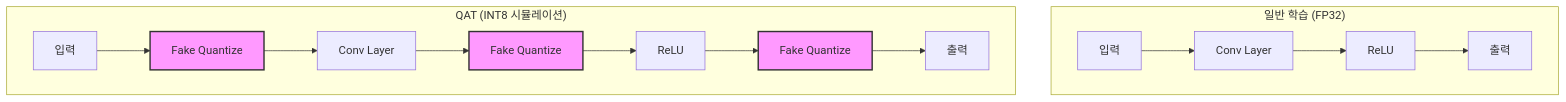
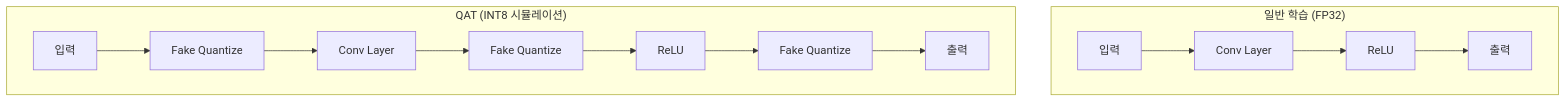
The diagram in docs/9-엣지-ai-and-온디바이스-ml/9-2-온디바이스-모델-최적화/quantization-aware-training.md (harimkang/ai-engineer-guide), drawn with Mermaid before and after one commit. The commit also changed 45 other files, not shown here.

````diff
--- a/docs/9-엣지-ai-and-온디바이스-ml/9-2-온디바이스-모델-최적화/quantization-aware-training.md
+++ b/docs/9-엣지-ai-and-온디바이스-ml/9-2-온디바이스-모델-최적화/quantization-aware-training.md
@@ -26,21 +26,17 @@
 ```mermaid
 graph TD
     subgraph "일반 학습 (FP32)"
         A["입력"] --> B["Conv Layer"]
         B --> C["ReLU"]
         C --> D["출력"]
     end
 
     subgraph "QAT (INT8 시뮬레이션)"
         A_qat["입력"] --> FQ1["Fake Quantize"]
         FQ1 --> B_qat["Conv Layer"]
         B_qat --> FQ2["Fake Quantize"]
         FQ2 --> C_qat["ReLU"]
         C_qat --> FQ3["Fake Quantize"]
         FQ3 --> D_qat["출력"]
     end
-
-    style FQ1 fill:#f9f,stroke:#333,stroke-width:2px
-    style FQ2 fill:#f9f,stroke:#333,stroke-width:2px
-    style FQ3 fill:#f9f,stroke:#333,stroke-width:2px
 ```
````
